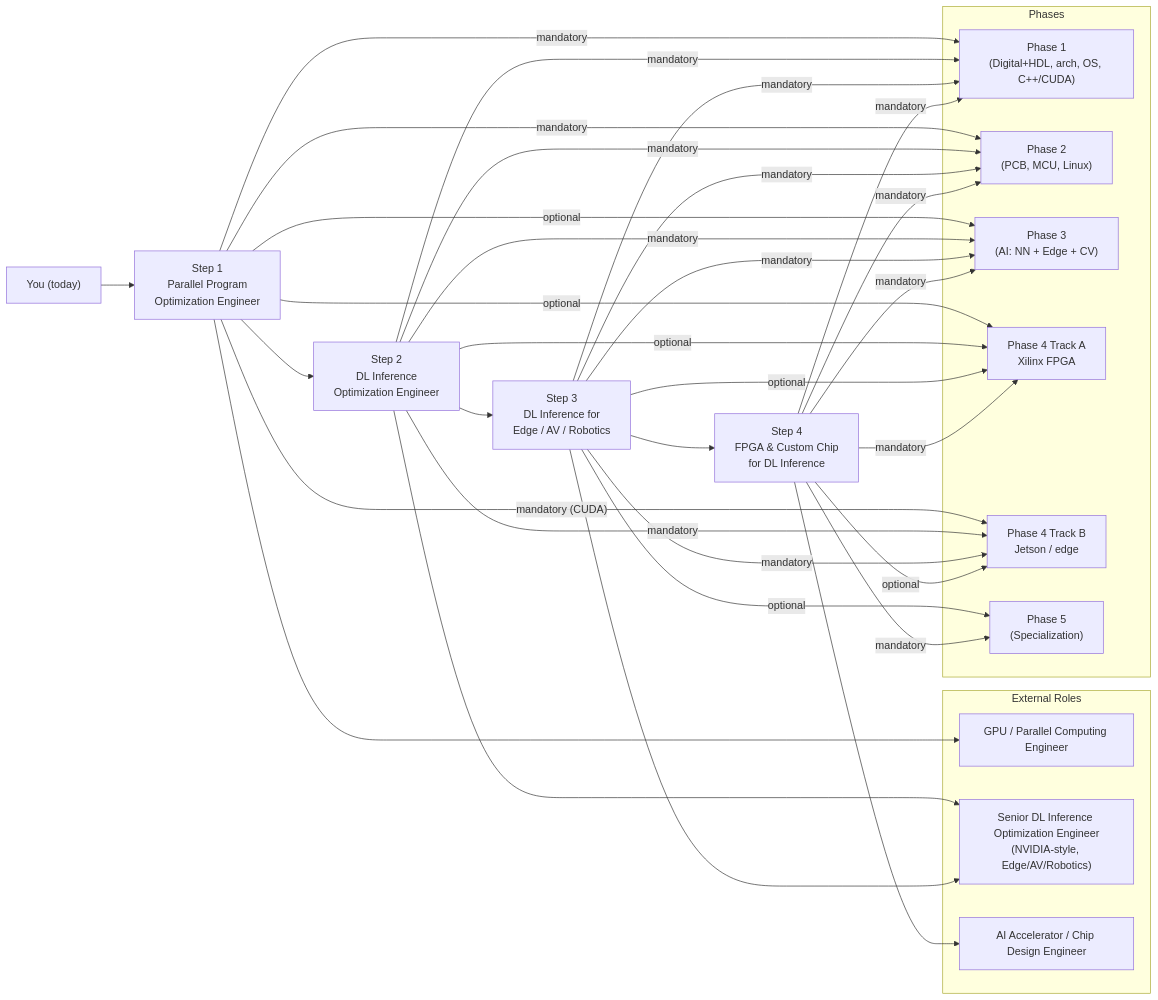
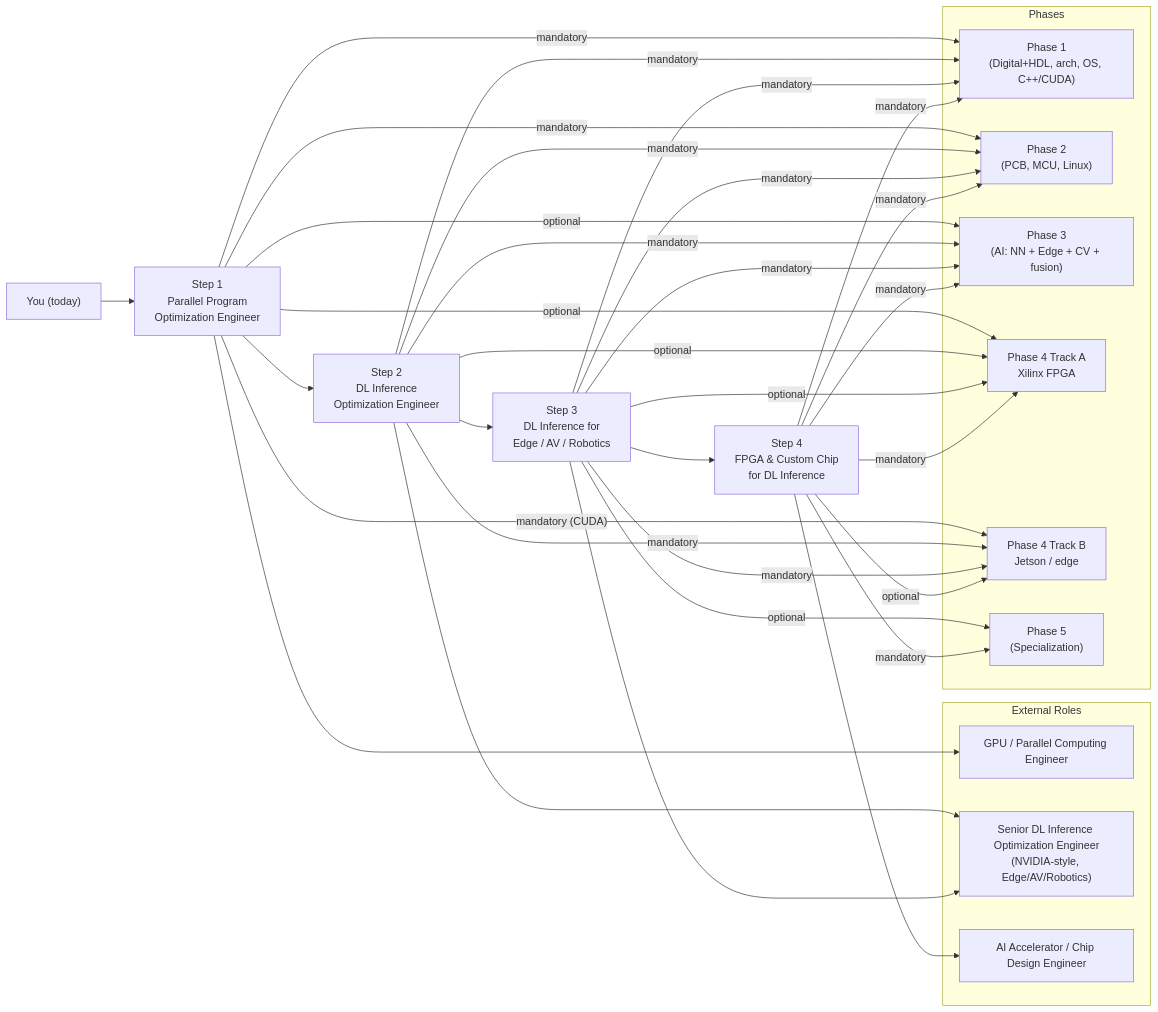
One commit to aiZKP/ai-hardware-cryptographer-roadmap changed the diagram in README.md. Above: the diagram before and after it, drawn with Mermaid. The commit also changed other lines of this file and 63 other files, not shown here.

First line of the commit message:
Move Sensor Fusion from Phase 4 Track B to Phase 3 AI

````diff
--- a/README.md
+++ b/README.md
@@ -22,53 +22,53 @@
 ```mermaid
 graph LR
   A["You (today)"] --> R1["Step 1<br/>Parallel Program<br/>Optimization Engineer"]
   R1 --> R2["Step 2<br/>DL Inference<br/>Optimization Engineer"]
   R2 --> R3["Step 3<br/>DL Inference for<br/>Edge / AV / Robotics"]
   R3 --> R4["Step 4<br/>FPGA & Custom Chip<br/>for DL Inference"]
 
   subgraph External Roles
     N1["GPU / Parallel Computing Engineer"]
     N2["Senior DL Inference Optimization Engineer<br/>(NVIDIA-style, Edge/AV/Robotics)"]
     N3["AI Accelerator / Chip Design Engineer"]
   end
 
   R1 --> N1
   R2 --> N2
   R3 --> N2
   R4 --> N3
 
   subgraph Phases
     P1["Phase 1<br/>(Digital+HDL, arch, OS, C++/CUDA)"]
     P2["Phase 2<br/>(PCB, MCU, Linux)"]
-    P3["Phase 3<br/>(AI: NN + Edge + CV)"]
+    P3["Phase 3<br/>(AI: NN + Edge + CV + fusion)"]
     P4A["Phase 4 Track A<br/>Xilinx FPGA"]
     P4B["Phase 4 Track B<br/>Jetson / edge"]
     P5["Phase 5<br/>(Specialization)"]
   end
 
   R1 -- "mandatory" --> P1
   R1 -- "mandatory" --> P2
   R1 -- "optional" --> P3
   R1 -- "optional" --> P4A
   R1 -- "mandatory (CUDA)" --> P4B
 
   R2 -- "mandatory" --> P1
   R2 -- "mandatory" --> P2
   R2 -- "mandatory" --> P3
   R2 -- "optional" --> P4A
   R2 -- "mandatory" --> P4B
 
   R3 -- "mandatory" --> P1
   R3 -- "mandatory" --> P2
   R3 -- "mandatory" --> P3
   R3 -- "mandatory" --> P4B
   R3 -- "optional" --> P4A
   R3 -- "optional" --> P5
 
   R4 -- "mandatory" --> P1
   R4 -- "mandatory" --> P2
   R4 -- "mandatory" --> P3
   R4 -- "mandatory" --> P4A
   R4 -- "optional" --> P4B
   R4 -- "mandatory" --> P5
 ```
````
